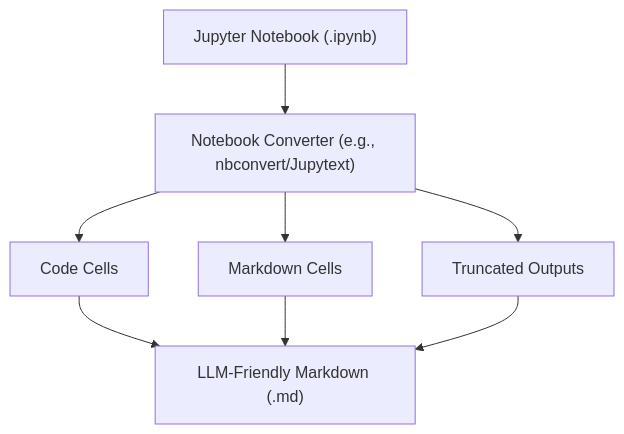
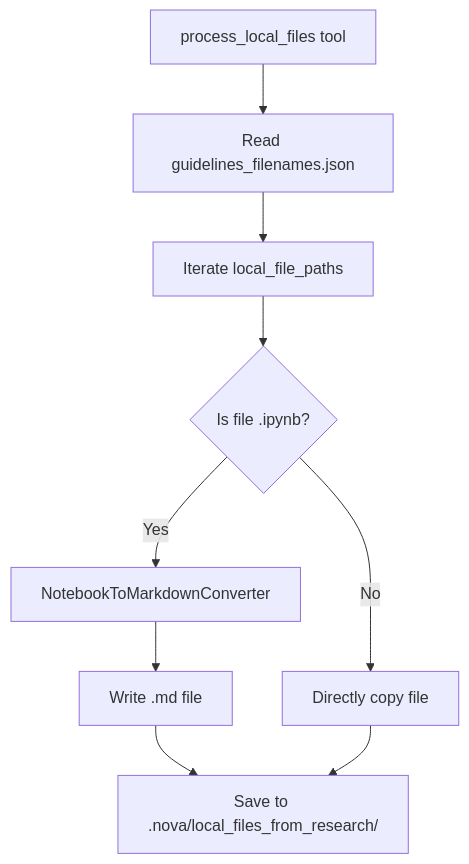
One commit to shoaibkhanz/agentic-ai-engineering-course changed the third of 8 diagrams in lessons/17_data_ingestion/article.md. Above: the diagram before and after it, drawn with Mermaid. The commit also changed other lines of this file and 8 other files, not shown here.

Commit message:
feat: add guidelines and articles of L18 and L19; fix 'local_file_paths' bug in process local files tool

````diff
--- a/lessons/17_data_ingestion/article.md
+++ b/lessons/17_data_ingestion/article.md
@@ -131,8 +244,11 @@
 ```mermaid
 graph TD
-    A["Jupyter Notebook (.ipynb)"] --> B["Notebook Converter (e.g., nbconvert/Jupytext)"]
-    B --> C1["Code Cells"]
-    B --> C2["Markdown Cells"]
-    B --> C3["Truncated Outputs"]
-    C1 & C2 & C3 --> D["LLM-Friendly Markdown (.md)"]
+    A["process_local_files tool"] --> B["Read guidelines_filenames.json"]
+    B --> C["Iterate local_file_paths"]
+    C --> D{"Is file .ipynb?"}
+    D -->|"Yes"| E["NotebookToMarkdownConverter"]
+    E --> F["Write .md file"]
+    D -->|"No"| G["Directly copy file"]
+    F --> H["Save to .nova/local_files_from_research/"]
+    G --> H
 ```
````
